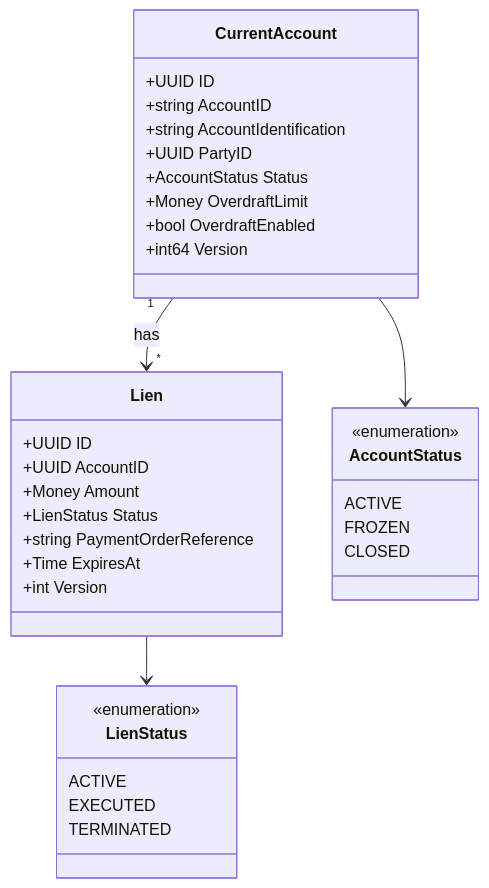
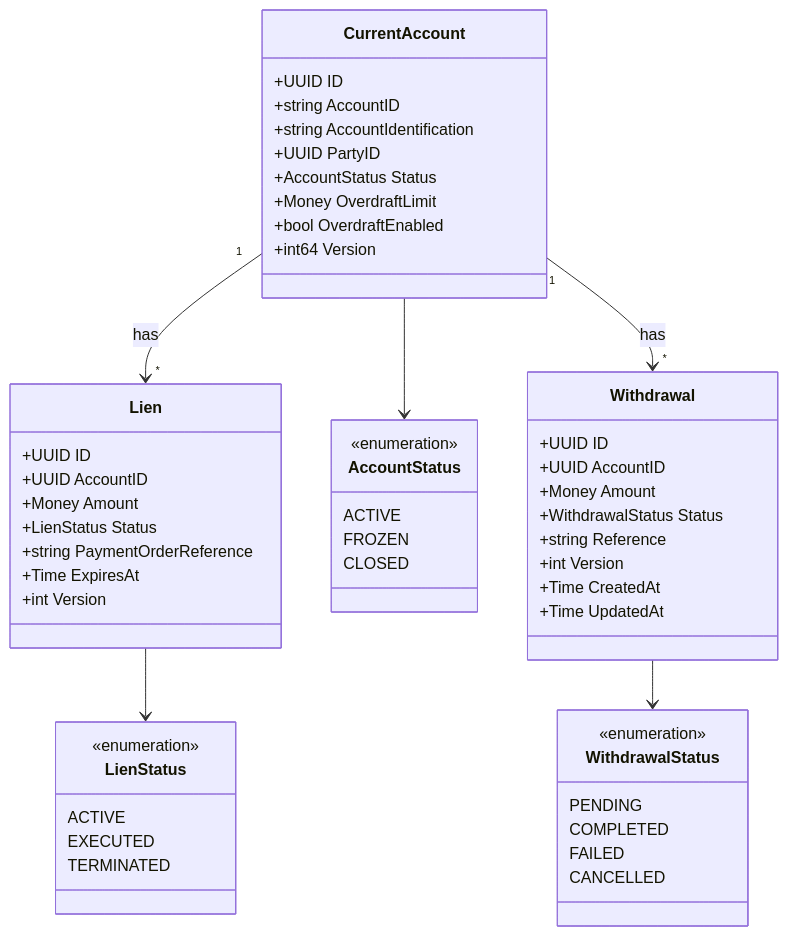
The first of 5 diagrams in services/current-account/README.md (meridianhub/meridian), drawn with Mermaid before and after one commit. The commit also changed other lines of this file, not shown here.

First line of the commit message:
docs: Document withdrawal operations for current-account service

````diff
--- a/services/current-account/README.md
+++ b/services/current-account/README.md
@@ -83,41 +92,62 @@
 ```mermaid
 classDiagram
     class CurrentAccount {
         +UUID ID
         +string AccountID
         +string AccountIdentification
         +UUID PartyID
         +AccountStatus Status
         +Money OverdraftLimit
         +bool OverdraftEnabled
         +int64 Version
     }
 
     class Lien {
         +UUID ID
         +UUID AccountID
         +Money Amount
         +LienStatus Status
         +string PaymentOrderReference
         +Time ExpiresAt
         +int Version
     }
 
     class AccountStatus {
         <<enumeration>>
         ACTIVE
         FROZEN
         CLOSED
     }
 
+    class Withdrawal {
+        +UUID ID
+        +UUID AccountID
+        +Money Amount
+        +WithdrawalStatus Status
+        +string Reference
+        +int Version
+        +Time CreatedAt
+        +Time UpdatedAt
+    }
+
     class LienStatus {
         <<enumeration>>
         ACTIVE
         EXECUTED
         TERMINATED
     }
 
+    class WithdrawalStatus {
+        <<enumeration>>
+        PENDING
+        COMPLETED
+        FAILED
+        CANCELLED
+    }
+
     CurrentAccount "1" --> "*" Lien : has
+    CurrentAccount "1" --> "*" Withdrawal : has
     CurrentAccount --> AccountStatus
     Lien --> LienStatus
+    Withdrawal --> WithdrawalStatus
 ```
````
